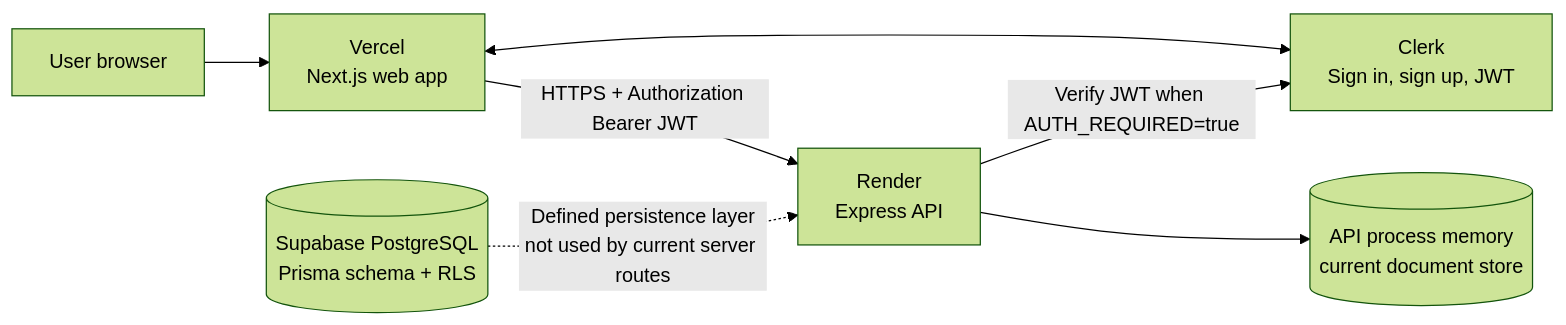
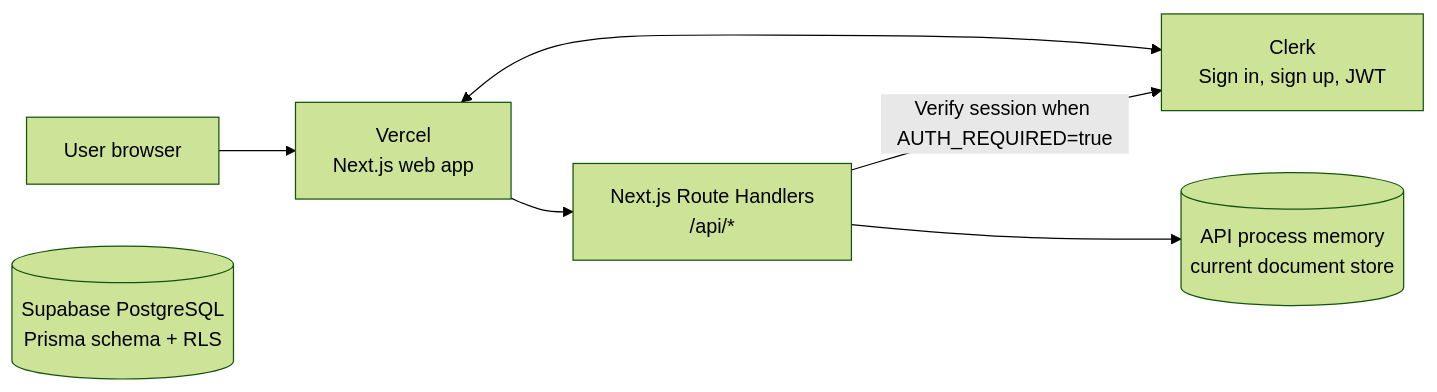
One commit to Amansingh0807/Murdock changed the first of 4 diagrams in README.md. Above: the diagram before and after it, drawn with Mermaid (forest theme). The commit also changed other lines of this file, not shown here.

Commit message:
docs: update unified Vercel architecture

````diff
--- a/README.md
+++ b/README.md
@@ -69,16 +69,15 @@
 ```mermaid
 flowchart LR
   Browser[User browser]
   Vercel[Vercel<br/>Next.js web app]
   Clerk[Clerk<br/>Sign in, sign up, JWT]
-  Render[Render<br/>Express API]
+  API[Next.js Route Handlers<br/>/api/*]
   Memory[(API process memory<br/>current document store)]
   Supabase[(Supabase PostgreSQL<br/>Prisma schema + RLS)]
 
   Browser --> Vercel
   Vercel <--> Clerk
-  Vercel -->|HTTPS + Authorization Bearer JWT| Render
-  Render -->|Verify JWT when AUTH_REQUIRED=true| Clerk
-  Render --> Memory
-  Supabase -.->|Defined persistence layer\nnot used by current server routes| Render
+  Vercel --> API
+  API -->|Verify session when AUTH_REQUIRED=true| Clerk
+  API --> Memory
 ```
````
